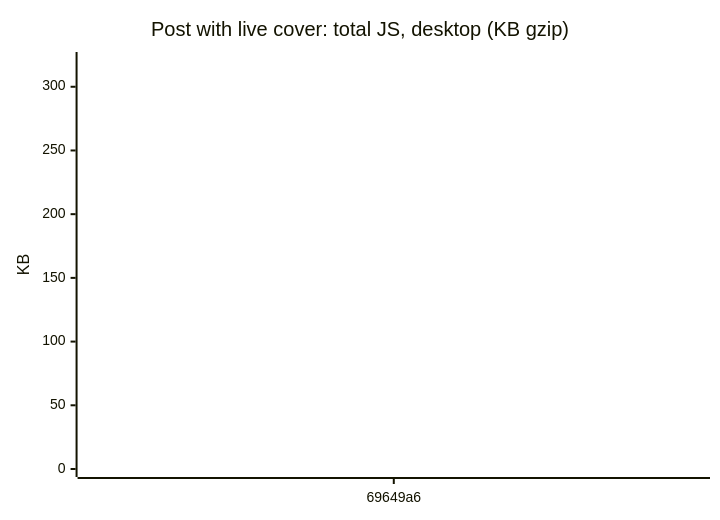
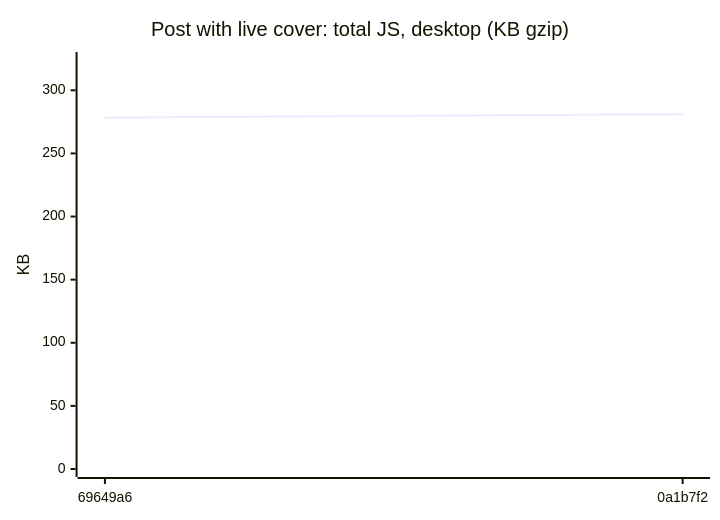
Diagram 13 of 18 in README.md (AxelUser/maltsev.space), drawn with Mermaid before and after one commit. The commit also changed other lines of this file and 1 other file, not shown here.

````diff
--- a/README.md
+++ b/README.md
@@ -143,7 +143,7 @@
 ```mermaid
 xychart-beta
   title "Post with live cover: total JS, desktop (KB gzip)"
-  x-axis ["69649a6"]
-  y-axis "KB" 0 --> 321
-  line [278.3]
+  x-axis ["69649a6", "0a1b7f2"]
+  y-axis "KB" 0 --> 324
+  line [278.3, 281.1]
 ```
````
